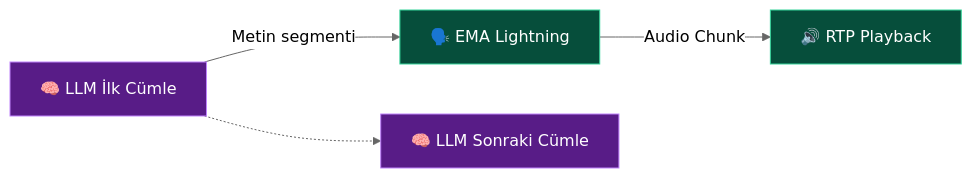
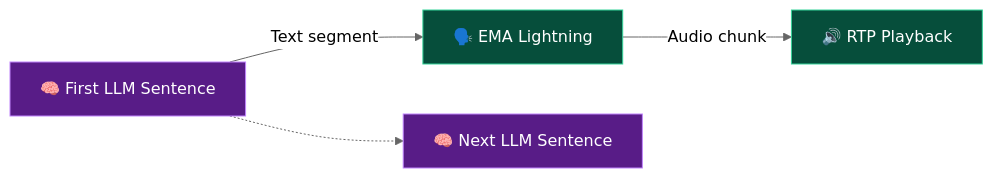
One commit to burhancetinkaya/alojan changed the third of 3 diagrams in README.md. Above: the diagram before and after it, drawn with Mermaid (neutral theme). The commit also changed other lines of this file, not shown here.

Commit message:
docs: translate README into English and generalize diagram labels

````diff
--- a/README.md
+++ b/README.md
@@ -306,18 +295,18 @@
 ```mermaid
 flowchart LR
-    A["🧠 LLM İlk Cümle"]
+    A["🧠 First LLM Sentence"]
     B["🗣️ EMA Lightning"]
     C["🔊 RTP Playback"]
 
-    A -->|Metin segmenti| B
-    B -->|Audio Chunk| C
+    A -->|Text segment| B
+    B -->|Audio chunk| C
 
-    D["🧠 LLM Sonraki Cümle"]
+    D["🧠 Next LLM Sentence"]
     A -.-> D
 
     classDef llm fill:#581c87,stroke:#c084fc,color:#fff
     classDef audio fill:#064e3b,stroke:#34d399,color:#fff
 
     class A,D llm
     class B,C audio
 ```
````
